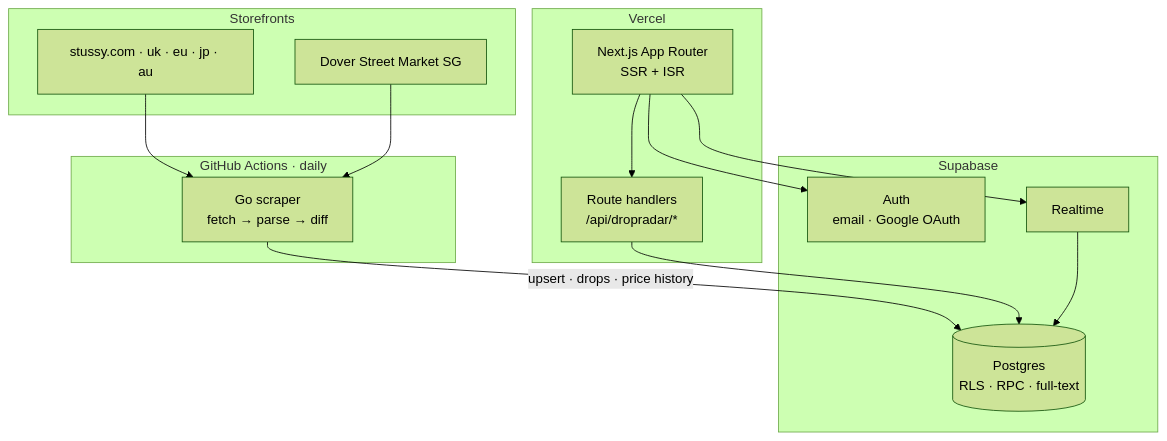
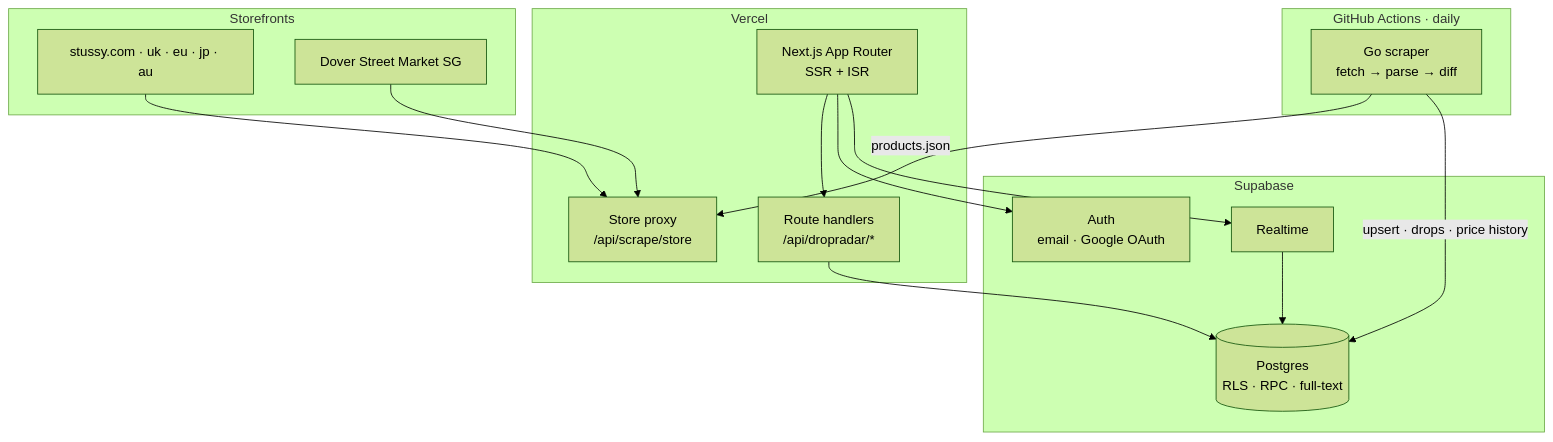
One commit to jeremainecheong/it-dropped changed the diagram in README.md. Above: the diagram before and after it, drawn with Mermaid (forest theme). The commit also changed other lines of this file and 3 other files, not shown here.

````diff
--- a/README.md
+++ b/README.md
@@ -42,31 +42,33 @@
 ```mermaid
 flowchart TB
     subgraph stores["Storefronts"]
         S1["stussy.com · uk · eu · jp · au"]
         S2["Dover Street Market SG"]
     end
 
     subgraph ci["GitHub Actions · daily"]
         SC["Go scraper<br/>fetch → parse → diff"]
     end
 
     subgraph sb["Supabase"]
         PG[("Postgres<br/>RLS · RPC · full-text")]
         AU["Auth<br/>email · Google OAuth"]
         RT["Realtime"]
     end
 
     subgraph vc["Vercel"]
+        SP["Store proxy<br/>/api/scrape/store"]
         RH["Route handlers<br/>/api/dropradar/*"]
         UI["Next.js App Router<br/>SSR + ISR"]
     end
 
-    S1 --> SC
-    S2 --> SC
+    S1 --> SP
+    S2 --> SP
+    SC -->|"products.json"| SP
     SC -->|"upsert · drops · price history"| PG
     RH --> PG
     UI --> RH
     UI --> AU
     UI --> RT
     RT --> PG
 ```
````
